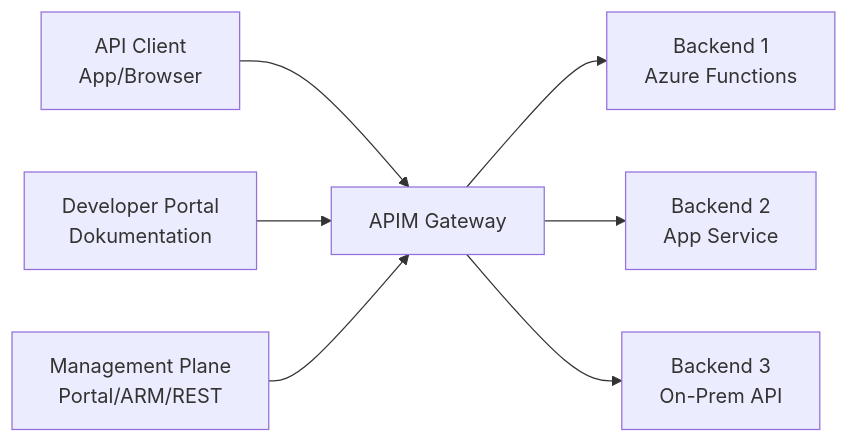
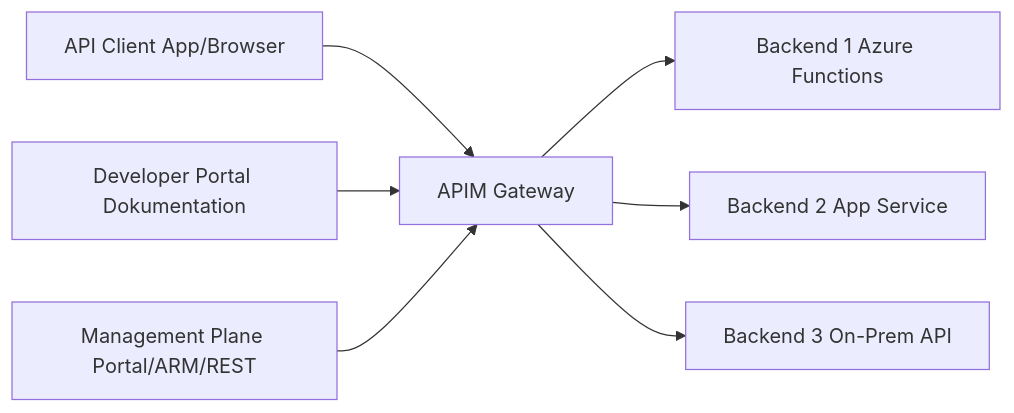
Before and after one commit to SoniiiT/notes-n-docs: the first of 5 diagrams in Microsoft 365/Azure/Integration und Messaging/Azure API Management.md, drawn with Mermaid. The commit also changed other lines of this file and 124 other files, not shown here.

First line of the commit message:
fix: Entferne \n aus allen Mermaid-Diagrammen (125 Dateien)

````diff
--- a/Microsoft 365/Azure/Integration und Messaging/Azure API Management.md
+++ b/Microsoft 365/Azure/Integration und Messaging/Azure API Management.md
@@ -17,9 +17,9 @@
 ```mermaid
 flowchart LR
-    C[API Client\nApp/Browser] --> GW[APIM Gateway]
-    GW --> B1[Backend 1\nAzure Functions]
-    GW --> B2[Backend 2\nApp Service]
-    GW --> B3[Backend 3\nOn-Prem API]
-    DEV[Developer Portal\nDokumentation] --> GW
-    MGMT[Management Plane\nPortal/ARM/REST] --> GW
+    C[API Client App/Browser] --> GW[APIM Gateway]
+    GW --> B1[Backend 1 Azure Functions]
+    GW --> B2[Backend 2 App Service]
+    GW --> B3[Backend 3 On-Prem API]
+    DEV[Developer Portal Dokumentation] --> GW
+    MGMT[Management Plane Portal/ARM/REST] --> GW
 ```
````
